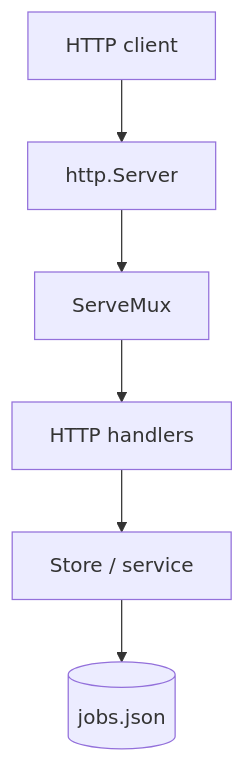
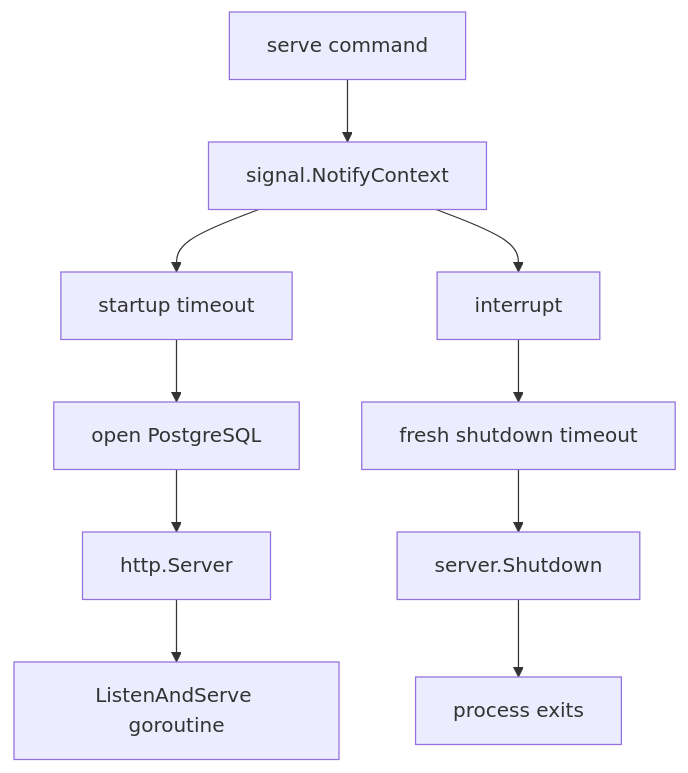
Diagram 12 of 20 in docs/design.md (Kaushik-2005/GoFlow), drawn with Mermaid before and after one commit. The commit also changed other lines of this file, not shown here.

````diff
--- a/docs/design.md
+++ b/docs/design.md
@@ -141,8 +356,12 @@
 ```mermaid
 flowchart TD
-    Client[HTTP client] --> Server[http.Server]
-    Server --> Mux[ServeMux]
-    Mux --> Handlers[HTTP handlers]
-    Handlers --> Core[Store / service]
-    Core --> JSON[(jobs.json)]
+    Serve[serve command] --> SignalCtx[signal.NotifyContext]
+    SignalCtx --> StartupCtx[startup timeout]
+    StartupCtx --> DB[open PostgreSQL]
+    DB --> Server[http.Server]
+    Server --> Listen[ListenAndServe goroutine]
+    SignalCtx --> ShutdownSignal[interrupt]
+    ShutdownSignal --> ShutdownCtx[fresh shutdown timeout]
+    ShutdownCtx --> Graceful[server.Shutdown]
+    Graceful --> Exit[process exits]
 ```
````
